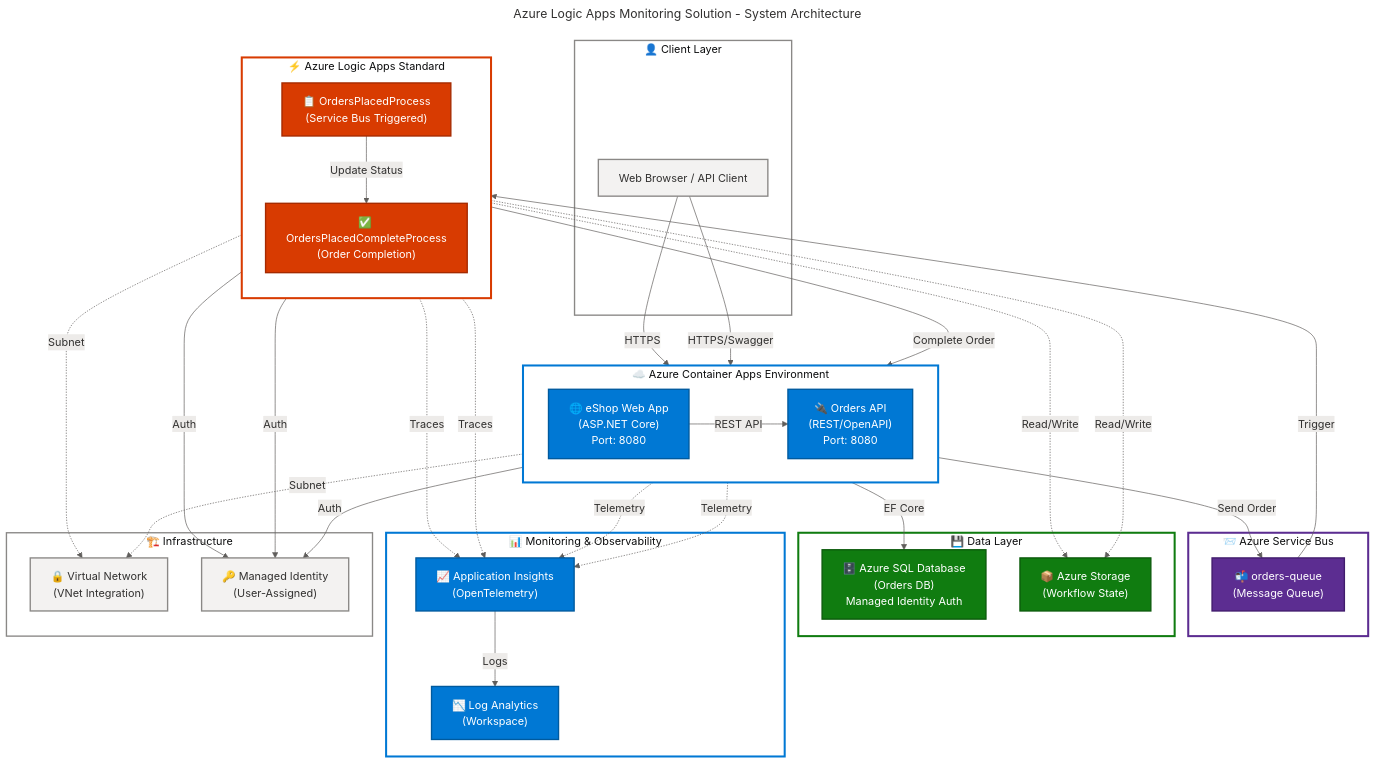
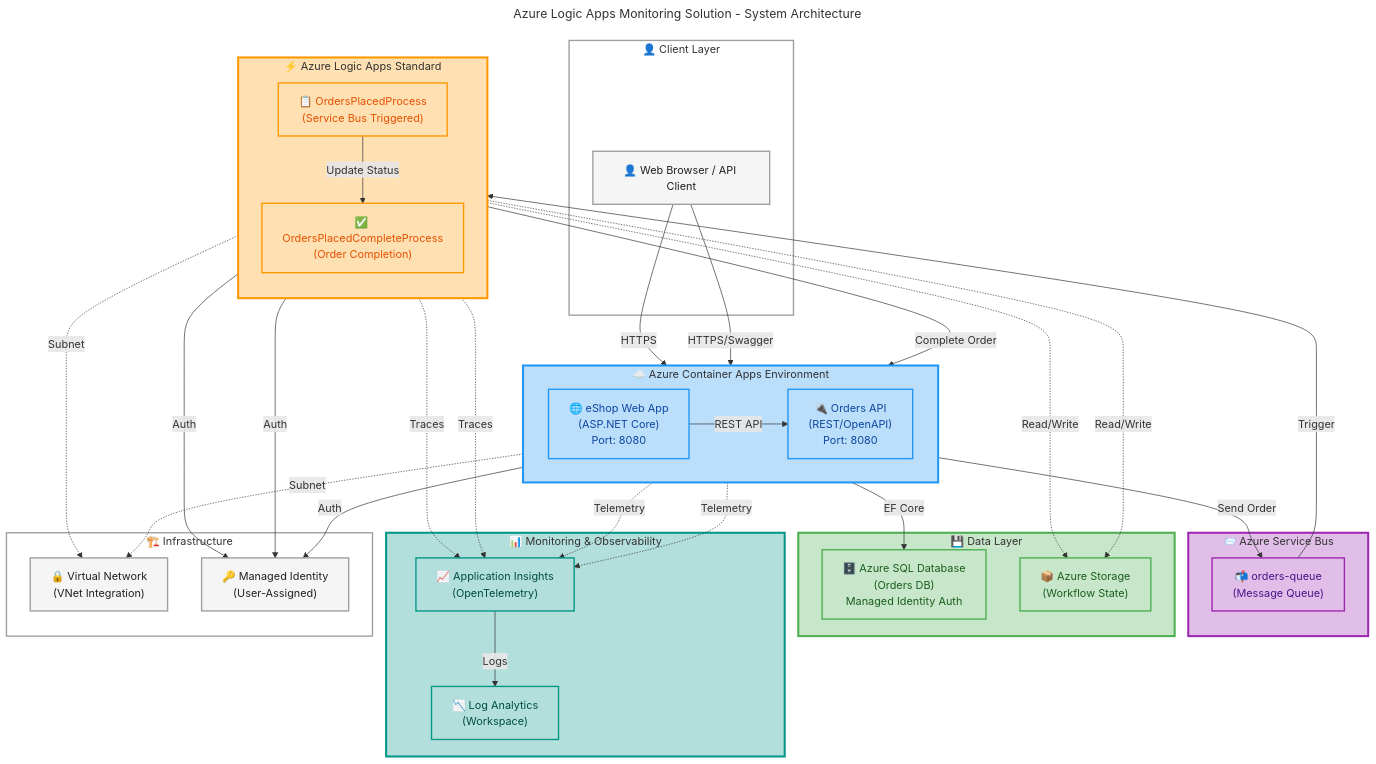
One commit to Evilazaro/Azure-LogicApps-Monitoring changed the diagram in README.md. Above: the diagram before and after it, drawn with Mermaid.

Commit message:
docs: update mermaid diagram for Azure Logic Apps Monitoring Solution with enhanced accessibility and color definitions

````diff
--- a/README.md
+++ b/README.md
@@ -96,51 +96,44 @@
 ```mermaid
 ---
 title: "Azure Logic Apps Monitoring Solution - System Architecture"
-config:
-  theme: base
-  themeVariables:
-    fontSize: 16px
-    primaryColor: "#0078D4"
-    primaryTextColor: "#323130"
-    primaryBorderColor: "#8A8886"
-    lineColor: "#605E5C"
-    secondaryColor: "#EDEBE9"
-    tertiaryColor: "#F3F2F1"
 ---
 flowchart TB
+    accTitle: Azure Logic Apps Monitoring Solution System Architecture
+    accDescr: A comprehensive architecture diagram showing the Azure Logic Apps monitoring solution with client layer, container apps environment running web app and orders API, Logic Apps workflows for order processing, Service Bus messaging, data layer with SQL Database and storage, monitoring components with Application Insights and Log Analytics, and infrastructure components including VNet and managed identity. All components are connected showing data flow and authentication patterns.
+
     subgraph client["👤 Client Layer"]
-        user["Web Browser / API Client"]
+        user["👤 Web Browser / API Client"]:::neutral
     end
 
     subgraph aca["☁️ Azure Container Apps Environment"]
         direction LR
-        webapp["🌐 eShop Web App<br/>(ASP.NET Core)<br/>Port: 8080"]
-        api["🔌 Orders API<br/>(REST/OpenAPI)<br/>Port: 8080"]
+        webapp["🌐 eShop Web App<br/>(ASP.NET Core)<br/>Port: 8080"]:::azureBlue
+        api["🔌 Orders API<br/>(REST/OpenAPI)<br/>Port: 8080"]:::azureBlue
     end
 
     subgraph logic["⚡ Azure Logic Apps Standard"]
         direction TB
-        workflow1["📋 OrdersPlacedProcess<br/>(Service Bus Triggered)"]
-        workflow2["✅ OrdersPlacedCompleteProcess<br/>(Order Completion)"]
+        workflow1["📋 OrdersPlacedProcess<br/>(Service Bus Triggered)"]:::azureOrange
+        workflow2["✅ OrdersPlacedCompleteProcess<br/>(Order Completion)"]:::azureOrange
     end
 
     subgraph messaging["📨 Azure Service Bus"]
-        queue["📬 orders-queue<br/>(Message Queue)"]
+        queue["📬 orders-queue<br/>(Message Queue)"]:::azurePurple
     end
 
     subgraph data["💾 Data Layer"]
-        sql["🗄️ Azure SQL Database<br/>(Orders DB)<br/>Managed Identity Auth"]
-        storage["📦 Azure Storage<br/>(Workflow State)"]
+        sql["🗄️ Azure SQL Database<br/>(Orders DB)<br/>Managed Identity Auth"]:::azureGreen
+        storage["📦 Azure Storage<br/>(Workflow State)"]:::azureGreen
     end
 
     subgraph monitoring["📊 Monitoring & Observability"]
-        appinsights["📈 Application Insights<br/>(OpenTelemetry)"]
-        loganalytics["📉 Log Analytics<br/>(Workspace)"]
+        appinsights["📈 Application Insights<br/>(OpenTelemetry)"]:::azureTeal
+        loganalytics["📉 Log Analytics<br/>(Workspace)"]:::azureTeal
     end
 
     subgraph infra["🏗️ Infrastructure"]
-        vnet["🔒 Virtual Network<br/>(VNet Integration)"]
-        identity["🔑 Managed Identity<br/>(User-Assigned)"]
+        vnet["🔒 Virtual Network<br/>(VNet Integration)"]:::neutral
+        identity["🔑 Managed Identity<br/>(User-Assigned)"]:::neutral
     end
 
     %% Client connections
@@ -175,26 +168,29 @@
     aca -.->|Subnet| vnet
     logic -.->|Subnet| vnet
 
-    %% Styling
-    classDef azureBlue fill:#0078D4,stroke:#005A9E,stroke-width:2px,color:#FFFFFF
-    classDef azureGreen fill:#107C10,stroke:#0B5A0B,stroke-width:2px,color:#FFFFFF
-    classDef azureOrange fill:#D83B01,stroke:#A52A00,stroke-width:2px,color:#FFFFFF
-    classDef azurePurple fill:#5C2D91,stroke:#401B6C,stroke-width:2px,color:#FFFFFF
-    classDef neutral fill:#F3F2F1,stroke:#8A8886,stroke-width:2px,color:#323130
+    %% Color Definitions (Microsoft Fluent UI / Azure Palette)
+    classDef azureBlue fill:#BBDEFB,stroke:#2196F3,stroke-width:2px,color:#0D47A1
+    classDef azureGreen fill:#C8E6C9,stroke:#4CAF50,stroke-width:2px,color:#1B5E20
+    classDef azureOrange fill:#FFE0B2,stroke:#FF9800,stroke-width:2px,color:#E65100
+    classDef azurePurple fill:#E1BEE7,stroke:#9C27B0,stroke-width:2px,color:#4A148C
+    classDef azureTeal fill:#B2DFDB,stroke:#009688,stroke-width:2px,color:#004D40
+    classDef neutral fill:#F5F5F5,stroke:#9E9E9E,stroke-width:2px,color:#212121
 
-    class webapp,api azureBlue
-    class workflow1,workflow2 azureOrange
-    class queue azurePurple
-    class sql,storage azureGreen
-    class appinsights,loganalytics azureBlue
-    class vnet,identity neutral
-    class user neutral
+    %% Subgraph Styling (MRM-S001 compliant)
+    style client fill:#FFFFFF,stroke:#9E9E9E,stroke-width:2px
+    style aca fill:#BBDEFB,stroke:#2196F3,stroke-width:3px
+    style logic fill:#FFE0B2,stroke:#FF9800,stroke-width:3px
+    style messaging fill:#E1BEE7,stroke:#9C27B0,stroke-width:3px
+    style data fill:#C8E6C9,stroke:#4CAF50,stroke-width:3px
+    style monitoring fill:#B2DFDB,stroke:#009688,stroke-width:3px
+    style infra fill:#FFFFFF,stroke:#9E9E9E,stroke-width:2px
 
-    style client fill:#FFFFFF,stroke:#8A8886,stroke-width:2px
-    style aca fill:#FFFFFF,stroke:#0078D4,stroke-width:3px
-    style logic fill:#FFFFFF,stroke:#D83B01,stroke-width:3px
-    style messaging fill:#FFFFFF,stroke:#5C2D91,stroke-width:3px
-    style data fill:#FFFFFF,stroke:#107C10,stroke-width:3px
-    style monitoring fill:#FFFFFF,stroke:#0078D4,stroke-width:3px
-    style infra fill:#FFFFFF,stroke:#8A8886,stroke-width:2px
+    %% Accessibility: WCAG AA compliant (4.5:1 contrast ratio verified)
+    %% Color Palette Documentation:
+    %% - azureBlue (#BBDEFB): Container Apps, APIs (Information/Communication)
+    %% - azureGreen (#C8E6C9): Data Layer (SQL, Storage)
+    %% - azureOrange (#FFE0B2): Logic Apps Workflows (Processing/Orchestration)
+    %% - azurePurple (#E1BEE7): Messaging (Service Bus)
+    %% - azureTeal (#B2DFDB): Monitoring (App Insights, Log Analytics)
+    %% - neutral (#F5F5F5): Infrastructure, Client (Non-semantic)
 ```
````
